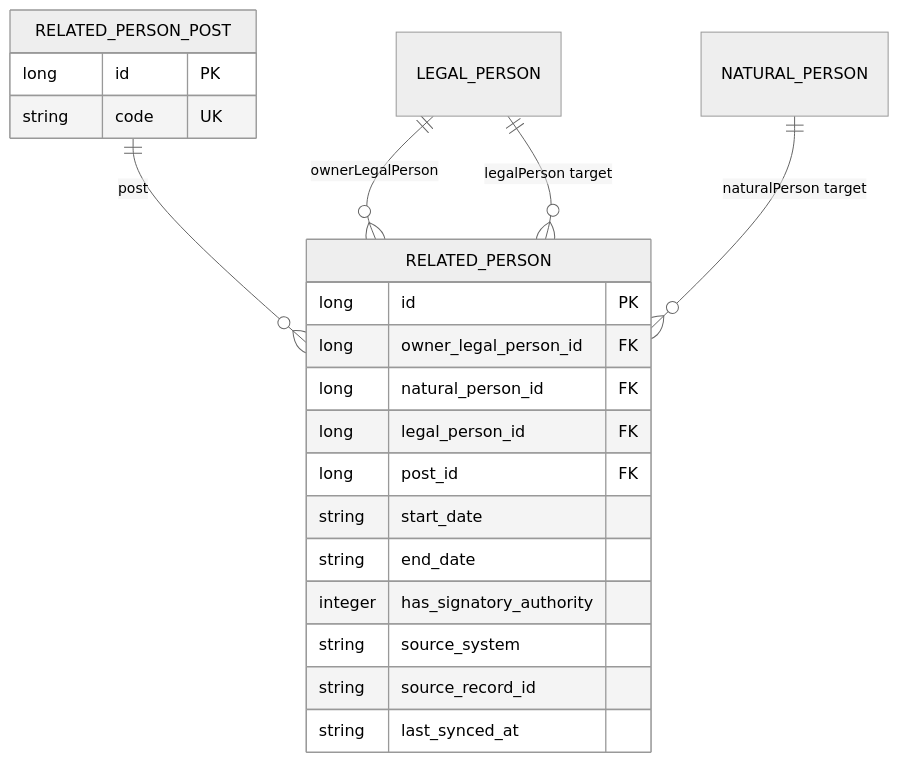
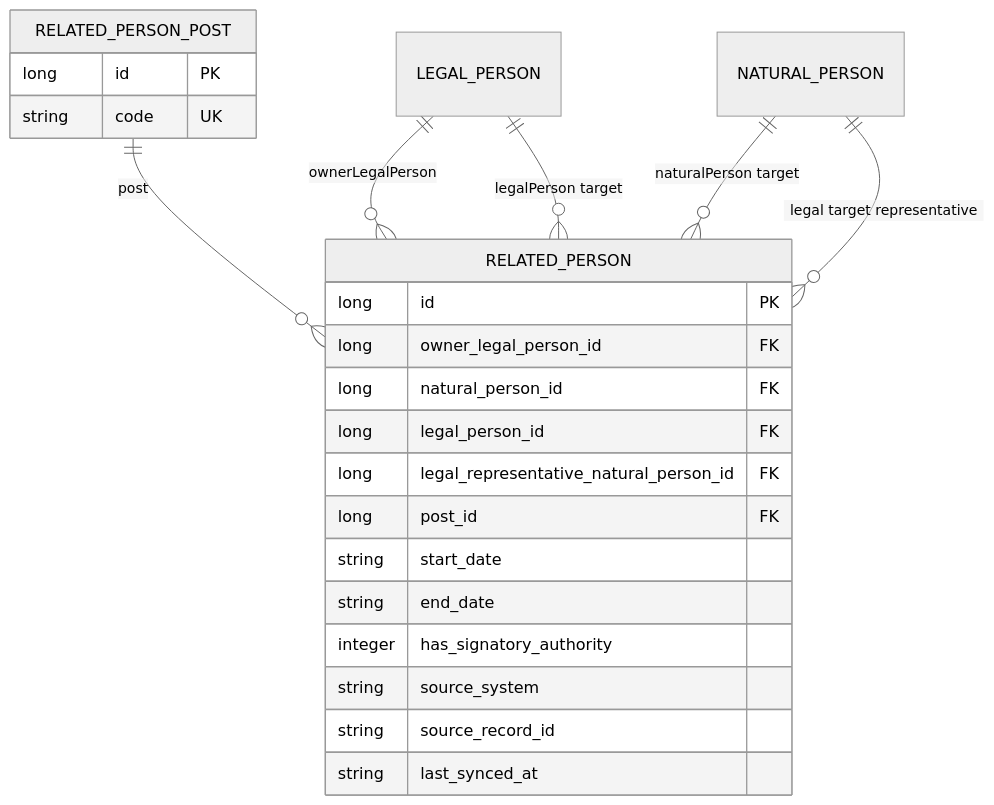
Before and after one commit to mohamamdsajadi/VosolMaliat: the diagram in docs/technical/related-persons.md, drawn with Mermaid (neutral theme). The commit also changed other lines of this file and 11 other files, not shown here.

Commit message:
add legal person natural representatives

````diff
--- a/docs/technical/related-persons.md
+++ b/docs/technical/related-persons.md
@@ -13,26 +13,28 @@
 ```mermaid
 erDiagram
     LEGAL_PERSON ||--o{ RELATED_PERSON : "ownerLegalPerson"
     RELATED_PERSON_POST ||--o{ RELATED_PERSON : "post"
     NATURAL_PERSON ||--o{ RELATED_PERSON : "naturalPerson target"
+    NATURAL_PERSON ||--o{ RELATED_PERSON : "legal target representative"
     LEGAL_PERSON ||--o{ RELATED_PERSON : "legalPerson target"
 
     RELATED_PERSON {
         long id PK
         long owner_legal_person_id FK
         long natural_person_id FK
         long legal_person_id FK
+        long legal_representative_natural_person_id FK
         long post_id FK
         string start_date
         string end_date
         integer has_signatory_authority
         string source_system
         string source_record_id
         string last_synced_at
     }
 
     RELATED_PERSON_POST {
         long id PK
         string code UK
     }
 ```
````
